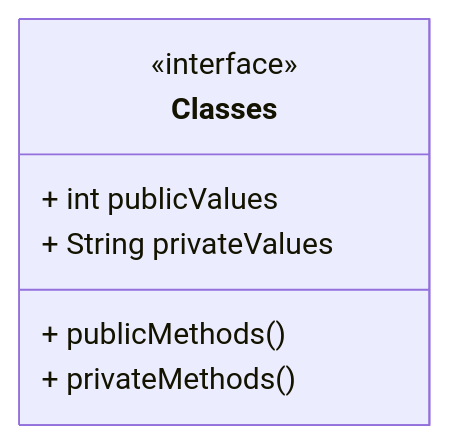
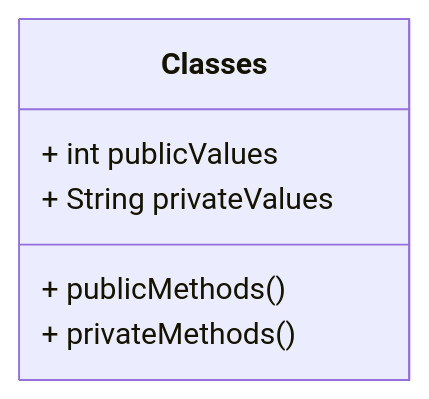
One commit to steve-fforde/animal-kingdom changed the diagram in docs/WEEK_01.md. Above: the diagram before and after it, drawn with Mermaid. The commit also changed other lines of this file and 1 other file, not shown here.

````diff
--- a/docs/WEEK_01.md
+++ b/docs/WEEK_01.md
@@ -71,10 +71,9 @@
 ```mermaid
 classDiagram
     class Classes {
-        <<interface>>
         + int publicValues
         + String privateValues
         + publicMethods()
         + privateMethods()
     }
 ``` 
````
